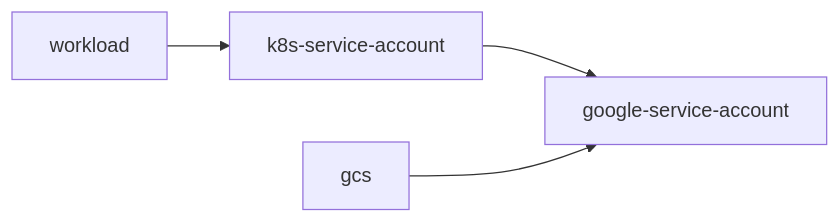
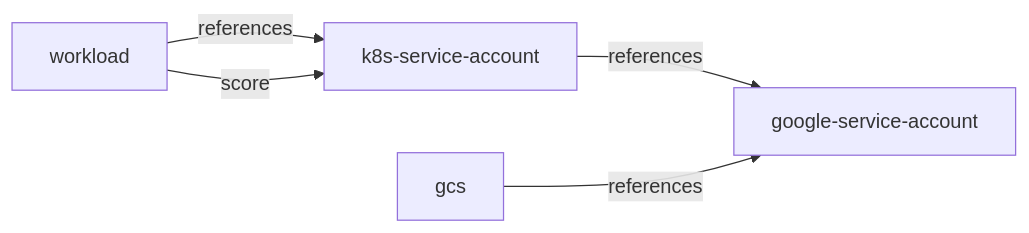
One commit to TEST-ACCOUNT-APURV/redis-test changed the diagram in resources/gcs-full/README.md. Above: the diagram before and after it, drawn with Mermaid.

Commit message:
update graph

````diff
--- a/resources/gcs-full/README.md
+++ b/resources/gcs-full/README.md
@@ -15,6 +15,7 @@
 ```mermaid
 graph LR
-  workload --> k8s-service-account
-  k8s-service-account --> google-service-account
-  gcs --> google-service-account
+  workload -- references --> k8s-service-account
+  k8s-service-account -- references --> google-service-account
+  gcs -- references --> google-service-account
+  workload -- score --> k8s-service-account
 ```
````
